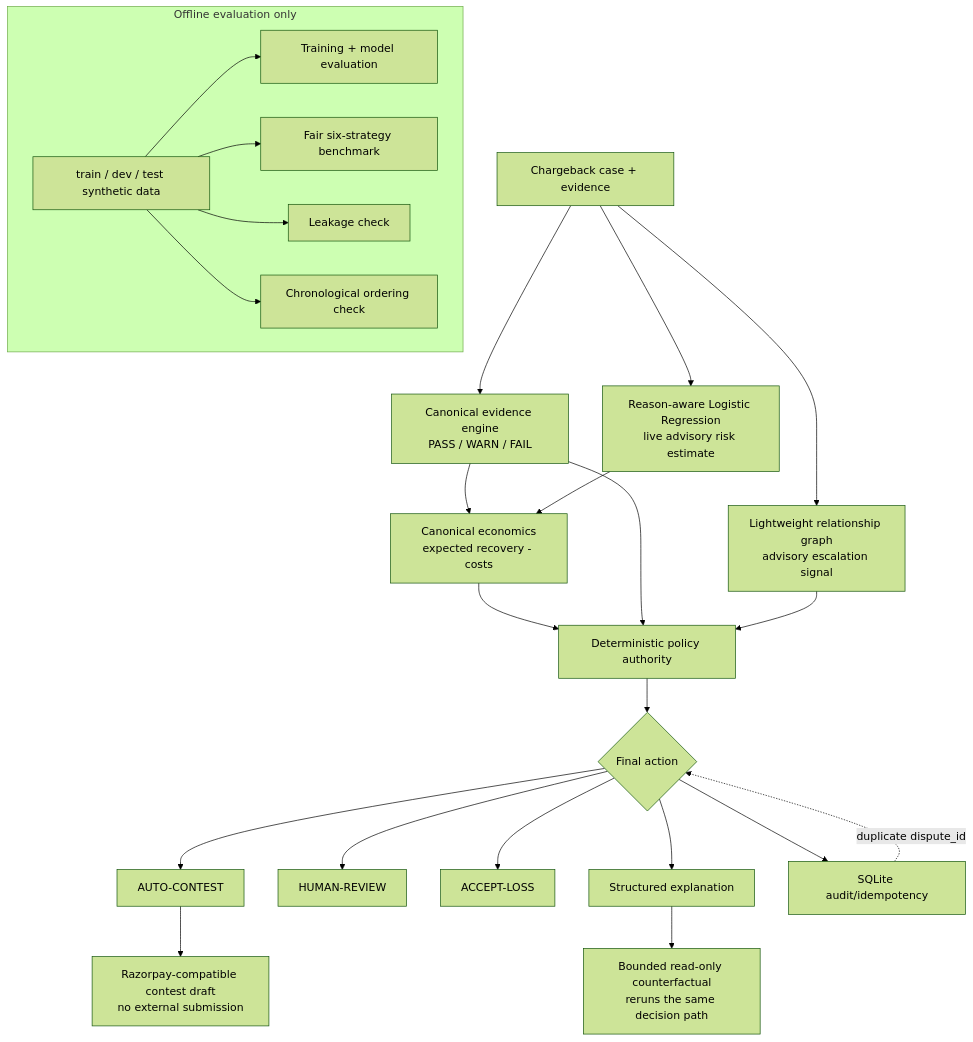
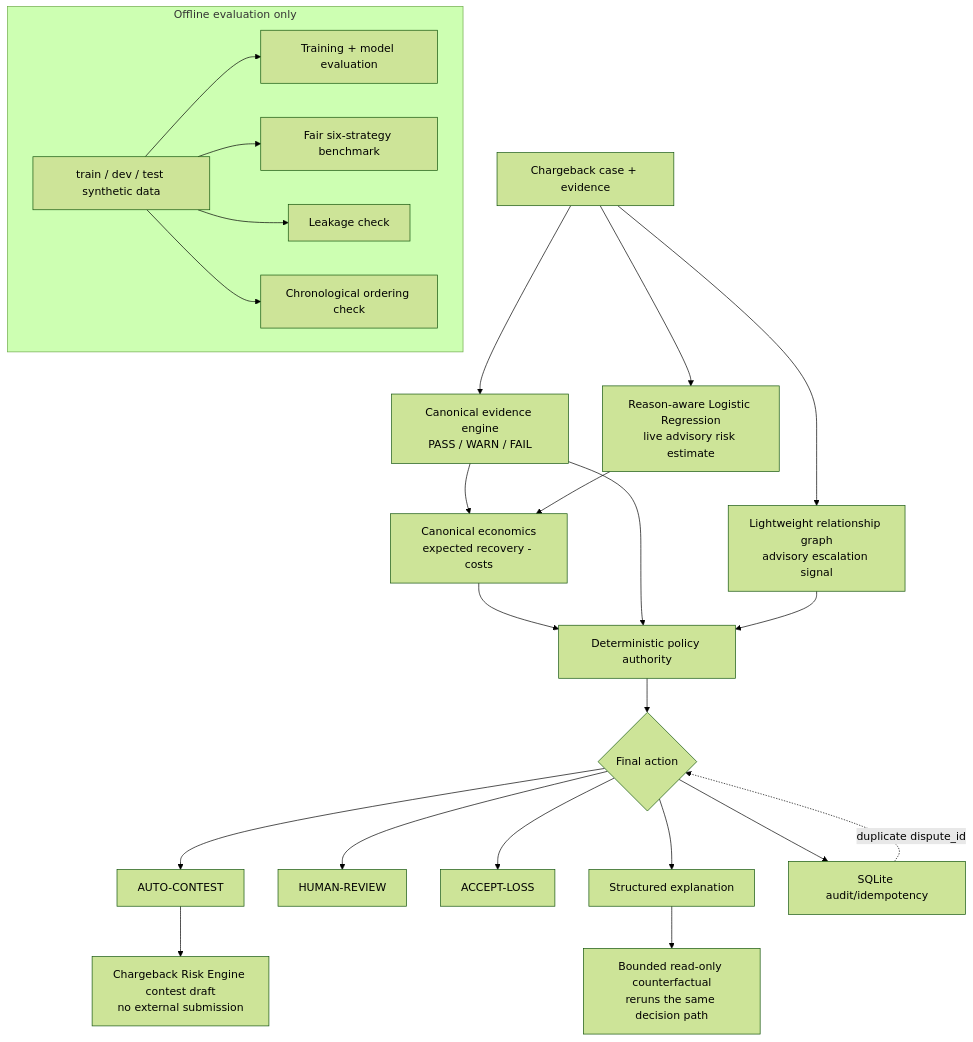
The diagram in ARCHITECTURE.md (Jagadeesh58/chargeback-risk-engine), drawn with Mermaid (forest theme) before and after one commit. The commit also changed other lines of this file and 5 other files, not shown here.

````diff
--- a/ARCHITECTURE.md
+++ b/ARCHITECTURE.md
@@ -5,27 +5,27 @@
 ```mermaid
 flowchart TD
     CASE["Chargeback case + evidence"] --> EVID["Canonical evidence engine<br/>PASS / WARN / FAIL"]
     CASE --> ML["Reason-aware Logistic Regression<br/>live advisory risk estimate"]
     CASE --> GRAPH["Lightweight relationship graph<br/>advisory escalation signal"]
     EVID --> ECON["Canonical economics<br/>expected recovery - costs"]
     ML --> ECON
     ECON --> POLICY["Deterministic policy authority"]
     EVID --> POLICY
     GRAPH --> POLICY
     POLICY --> DEC{"Final action"}
     DEC --> AC["AUTO-CONTEST"]
     DEC --> HR["HUMAN-REVIEW"]
     DEC --> AL["ACCEPT-LOSS"]
-    AC --> DRAFT["Razorpay-compatible contest draft<br/>no external submission"]
+    AC --> DRAFT["Chargeback Risk Engine contest draft<br/>no external submission"]
     DEC --> EXP["Structured explanation"]
     EXP --> CF["Bounded read-only counterfactual<br/>reruns the same decision path"]
     DEC --> AUDIT["SQLite audit/idempotency"]
     AUDIT -.->|duplicate dispute_id| DEC
 
       subgraph "Offline evaluation only"
       DATA["train / dev / test synthetic data"] --> TRAIN["Training + model evaluation"]
       DATA --> BENCH["Fair six-strategy benchmark"]
       DATA --> LEAK["Leakage check"]
       DATA --> CHRON["Chronological ordering check"]
     end
 ```
````
